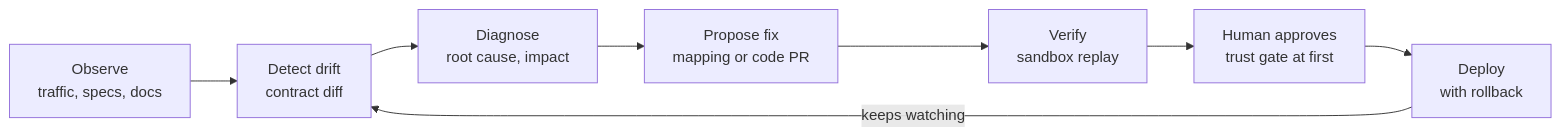
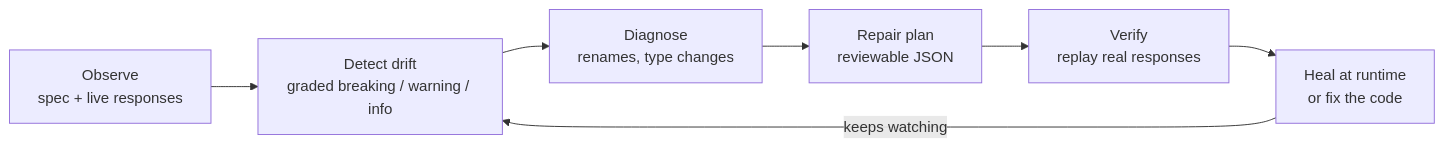
One commit to milan6190/self-maintaining-apis changed the diagram in README.md. Above: the diagram before and after it, drawn with Mermaid. The commit also changed other lines of this file and 38 other files, not shown here.

First line of the commit message:
Add apimend: detect, heal and verify API drift

````diff
--- a/README.md
+++ b/README.md
@@ -19,10 +10,9 @@
 ```mermaid
 flowchart LR
-    A[Observe<br/>traffic, specs, docs] --> B[Detect drift<br/>contract diff]
-    B --> C[Diagnose<br/>root cause, impact]
-    C --> D[Propose fix<br/>mapping or code PR]
-    D --> E[Verify<br/>sandbox replay]
-    E --> F[Human approves<br/>trust gate at first]
-    F --> G[Deploy<br/>with rollback]
-    G -- keeps watching --> B
+    A[Observe<br/>spec + live responses] --> B[Detect drift<br/>graded breaking / warning / info]
+    B --> C[Diagnose<br/>renames, type changes]
+    C --> D[Repair plan<br/>reviewable JSON]
+    D --> E[Verify<br/>replay real responses]
+    E --> F[Heal at runtime<br/>or fix the code]
+    F -- keeps watching --> B
 ```
````
